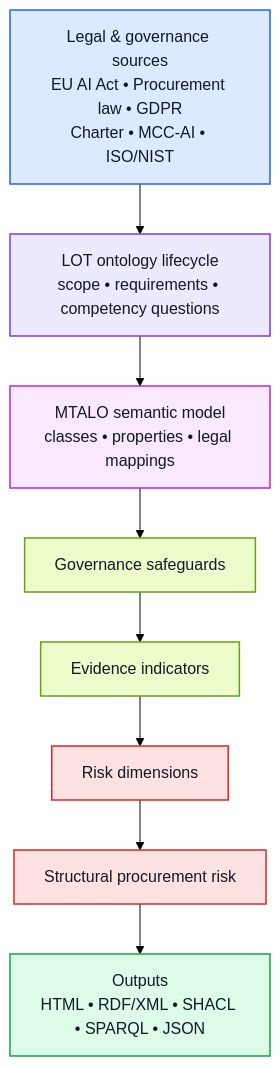
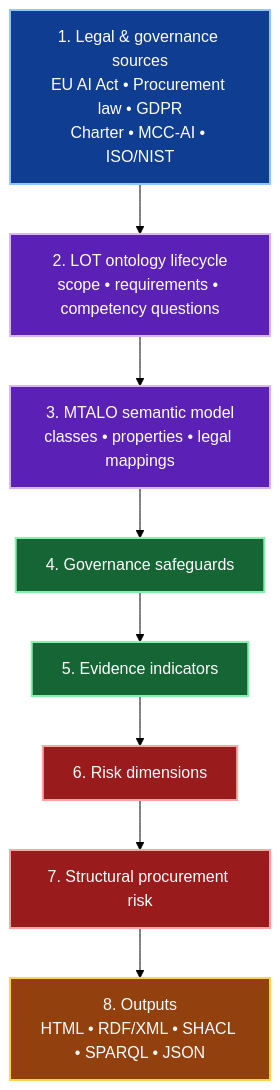
One commit to darren-mccabe/taf changed the diagram in README.md. Above: the diagram before and after it, drawn with Mermaid (forest theme). The commit also changed other lines of this file, not shown here.

````diff
--- a/README.md
+++ b/README.md
@@ -70,28 +72,20 @@
 ```mermaid
 flowchart TD
 
-    %% --- styles ---
-    classDef source fill:#dbeafe,stroke:#2563eb,stroke-width:1.5px,color:#111827;
-    classDef method fill:#ede9fe,stroke:#7c3aed,stroke-width:1.5px,color:#111827;
-    classDef model fill:#fae8ff,stroke:#c026d3,stroke-width:1.5px,color:#111827;
-    classDef process fill:#ecfccb,stroke:#65a30d,stroke-width:1.5px,color:#111827;
-    classDef risk fill:#fee2e2,stroke:#dc2626,stroke-width:1.5px,color:#111827;
-    classDef output fill:#dcfce7,stroke:#16a34a,stroke-width:1.5px,color:#111827;
+    classDef blue fill:#0f3d91,stroke:#93c5fd,stroke-width:2px,color:#ffffff;
+    classDef purple fill:#5b21b6,stroke:#d8b4fe,stroke-width:2px,color:#ffffff;
+    classDef green fill:#166534,stroke:#86efac,stroke-width:2px,color:#ffffff;
+    classDef red fill:#991b1b,stroke:#fca5a5,stroke-width:2px,color:#ffffff;
+    classDef gold fill:#92400e,stroke:#fcd34d,stroke-width:2px,color:#ffffff;
 
-    A["Legal & governance sources<br/>EU AI Act • Procurement law • GDPR<br/>Charter • MCC-AI • ISO/NIST"]:::source
-    B["LOT ontology lifecycle<br/>scope • requirements • competency questions"]:::method
-    C["MTALO semantic model<br/>classes • properties • legal mappings"]:::model
-    D["Governance safeguards"]:::process
-    E["Evidence indicators"]:::process
-    F["Risk dimensions"]:::risk
-    G["Structural procurement risk"]:::risk
-    H["Outputs<br/>HTML • RDF/XML • SHACL • SPARQL • JSON"]:::output
+    A["1. Legal & governance sources<br/>EU AI Act • Procurement law • GDPR<br/>Charter • MCC-AI • ISO/NIST"]:::blue
+    B["2. LOT ontology lifecycle<br/>scope • requirements • competency questions"]:::purple
+    C["3. MTALO semantic model<br/>classes • properties • legal mappings"]:::purple
+    D["4. Governance safeguards"]:::green
+    E["5. Evidence indicators"]:::green
+    F["6. Risk dimensions"]:::red
+    G["7. Structural procurement risk"]:::red
+    H["8. Outputs<br/>HTML • RDF/XML • SHACL • SPARQL • JSON"]:::gold
 
-    A --> B
-    B --> C
-    C --> D
-    D --> E
-    E --> F
-    F --> G
-    G --> H
+    A --> B --> C --> D --> E --> F --> G --> H
 ```
````
